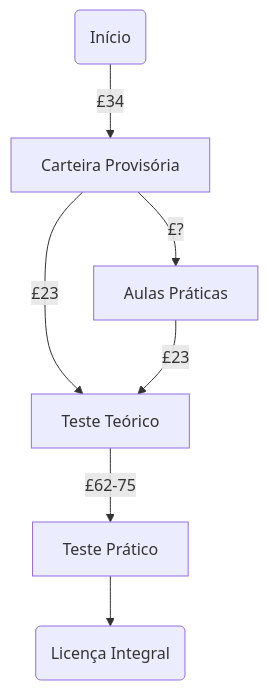
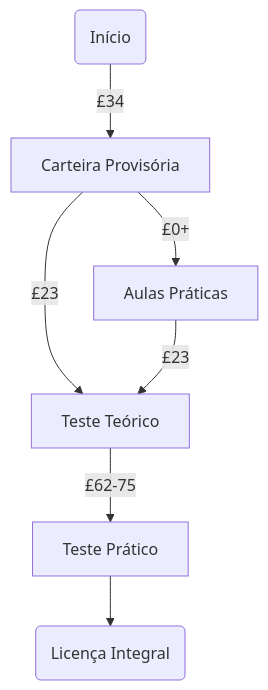
One commit to Irio/awesome-london changed the diagram in docs/carteira-de-motorista/README.md. Above: the diagram before and after it, drawn with Mermaid.

Commit message:
Specify that costs to driving lessons may be zero

````diff
--- a/docs/carteira-de-motorista/README.md
+++ b/docs/carteira-de-motorista/README.md
@@ -7,9 +7,9 @@
 ```mermaid
 graph TB
 	inicio(Início) -- "£34" --> provisoria["Carteira Provisória"]
 	provisoria -- "£23" --> tt["Teste Teórico"]
-	provisoria -- "£?" --> aulas["Aulas Práticas"]
+	provisoria -- "£0+" --> aulas["Aulas Práticas"]
 	aulas -- "£23" --> tt
 	tt -- "£62-75" --> tp["Teste Prático"]
 	tp --> licenca(Licença Integral)
 ```
````
